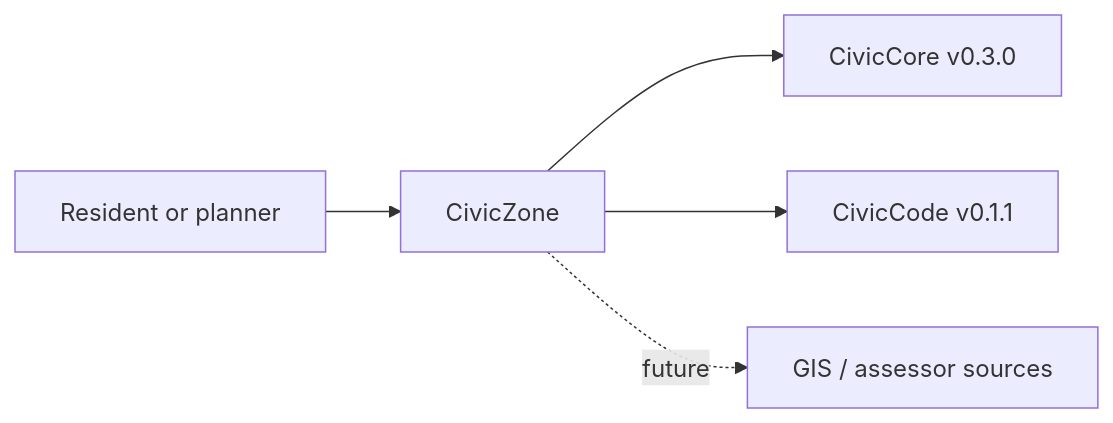
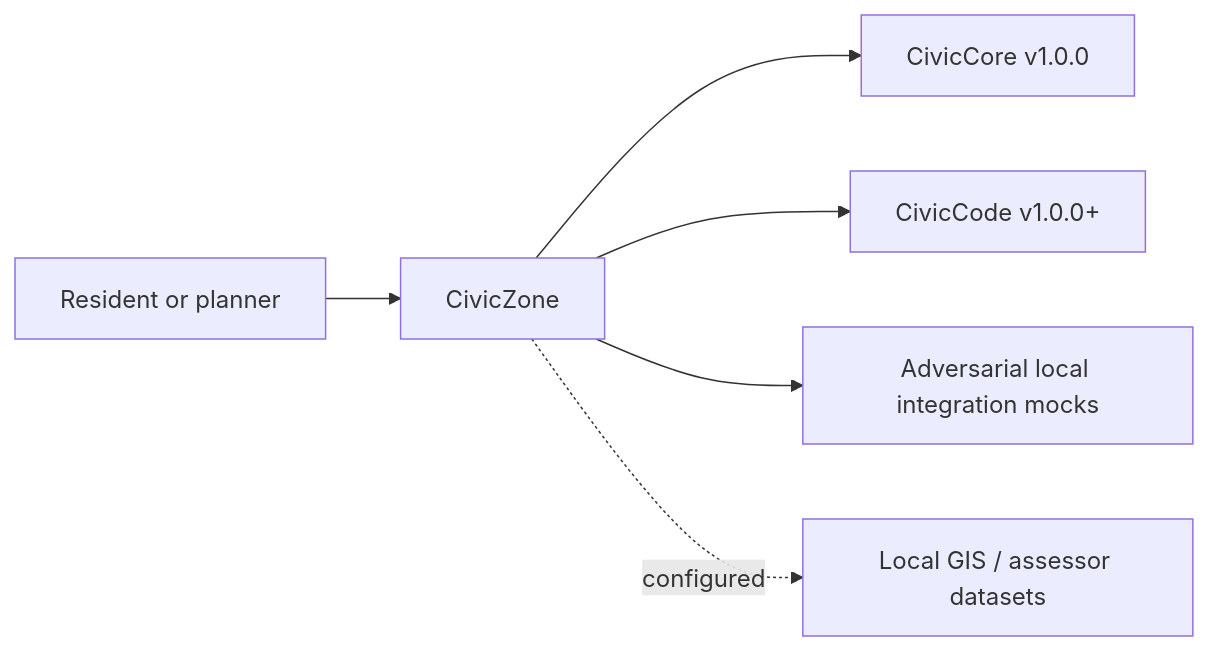
The diagram in USER-MANUAL.md (CivicSuite/civiczone), drawn with Mermaid before and after one commit. The commit also changed other lines of this file and 40 other files, not shown here.

First line of the commit message:
Release CivicZone v1.0.0

````diff
--- a/USER-MANUAL.md
+++ b/USER-MANUAL.md
@@ -40,7 +53,8 @@
 ```mermaid
 flowchart LR
   Resident["Resident or planner"] --> CivicZone["CivicZone"]
-CivicZone --> CivicCore["CivicCore v0.3.0"]
-CivicZone --> CivicCode["CivicCode v0.1.1"]
-  CivicZone -. future .-> GIS["GIS / assessor sources"]
+CivicZone --> CivicCore["CivicCore v1.0.0"]
+CivicZone --> CivicCode["CivicCode v1.0.0+"]
+CivicZone --> LocalMocks["Adversarial local integration mocks"]
+CivicZone -. configured .-> GIS["Local GIS / assessor datasets"]
 ```
````
